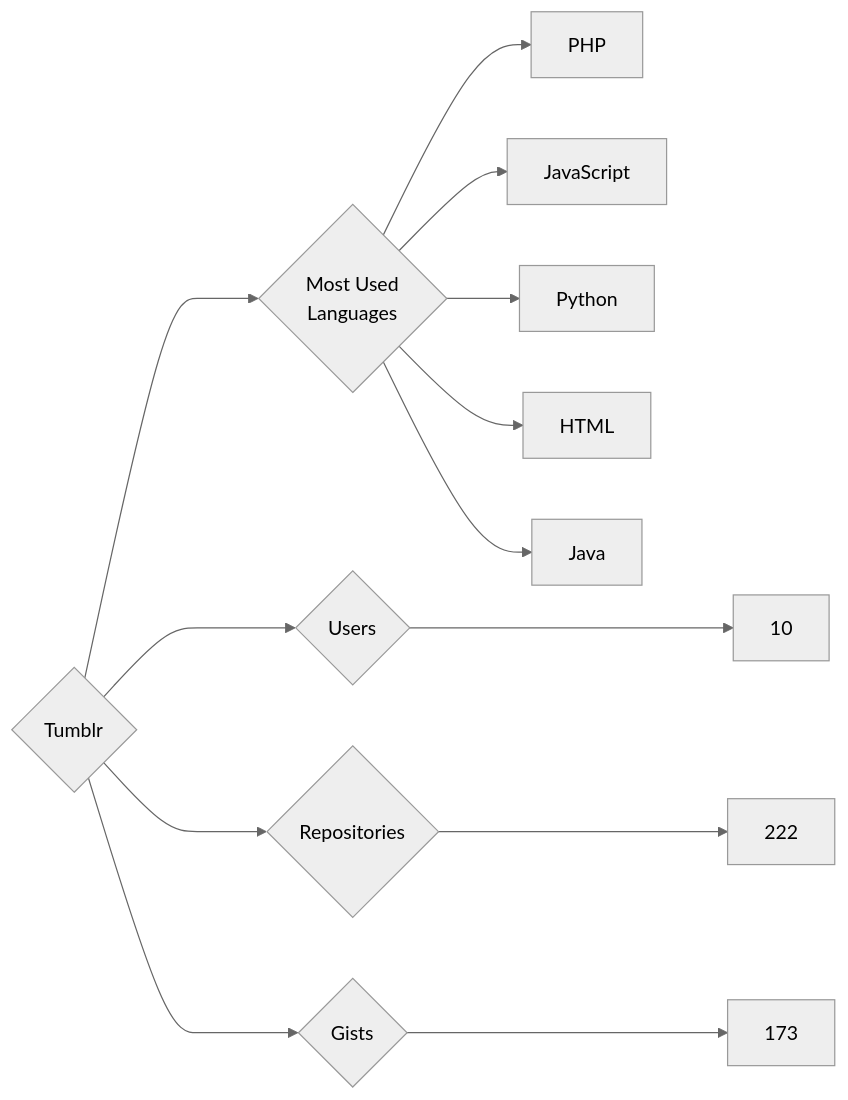
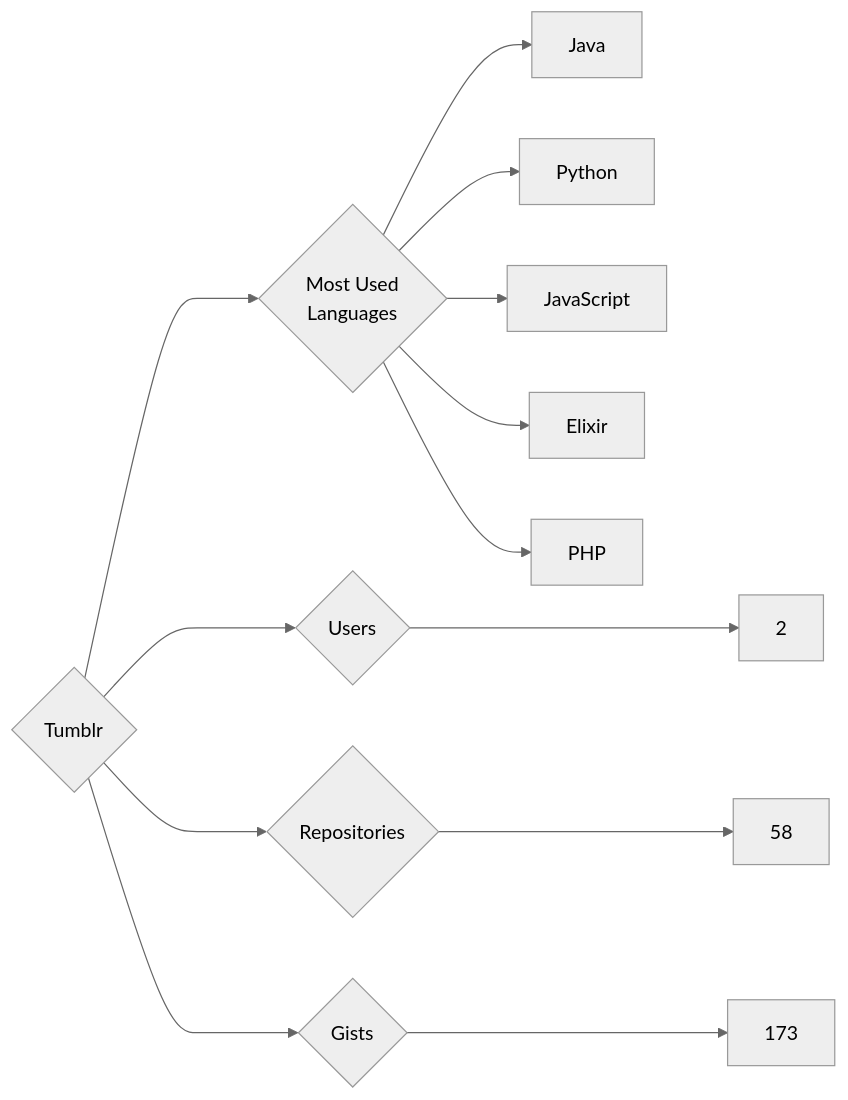
One commit to trickest/insiders changed the diagram in targets/Tumblr/README.md. Above: the diagram before and after it, drawn with Mermaid (neutral theme). The commit also changed 748 other files, not shown here.

````diff
--- a/targets/Tumblr/README.md
+++ b/targets/Tumblr/README.md
@@ -3,13 +3,13 @@
 ```mermaid
 graph LR
 COMPANY_NAME{Tumblr}
-COMPANY_NAME ---> U{Users} ---> UN[10]
-COMPANY_NAME ---> R{Repositories} ---> RN[222]
+COMPANY_NAME ---> U{Users} ---> UN[2]
+COMPANY_NAME ---> R{Repositories} ---> RN[58]
 COMPANY_NAME ---> G{Gists} ---> GN[173]
 COMPANY_NAME ---> ML{Most Used<br>Languages}
+ML --> Java[Java]
+ML --> Python[Python]
+ML --> JavaScript[JavaScript]
+ML --> Elixir[Elixir]
 ML --> PHP[PHP]
-ML --> JavaScript[JavaScript]
-ML --> Python[Python]
-ML --> HTML[HTML]
-ML --> Java[Java]
 ```
````
